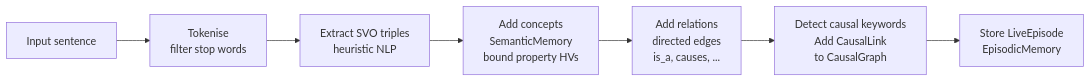
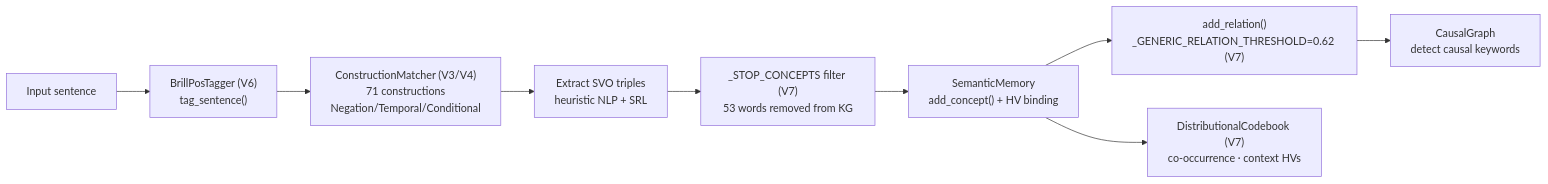
The seventh of 10 diagrams in nsck/docs/ARCHITECTURE.md (shiva2321/Neuro-Symbolic-Cognitive-Kernel), drawn with Mermaid before and after one commit. The commit also changed other lines of this file and 7 other files, not shown here.

Commit message:
Docs V7: update all docs to reflect actual V4-V7 implementations — modules, formulas, test counts, benchmarks, diagrams

````diff
--- a/nsck/docs/ARCHITECTURE.md
+++ b/nsck/docs/ARCHITECTURE.md
@@ -394,12 +421,15 @@
 ```mermaid
 flowchart LR
     Text["Input sentence"]
-    Tok["Tokenise\nfilter stop words"]
-    SVO["Extract SVO triples\nheuristic NLP"]
-    Concept["Add concepts\nSemanticMemory\nbound property HVs"]
-    Rel["Add relations\ndirected edges\nis_a, causes, ..."]
-    Causal["Detect causal keywords\nAdd CausalLink\nto CausalGraph"]
-    Epi2["Store LiveEpisode\nEpisodicMemory"]
+    POS["BrillPosTagger (V6)\ntag_sentence()"]
+    CG["ConstructionMatcher (V3/V4)\n71 constructions\nNegation/Temporal/Conditional"]
+    SVO["Extract SVO triples\nheuristic NLP + SRL"]
+    Stop["_STOP_CONCEPTS filter (V7)\n53 words removed from KG"]
+    Concept["SemanticMemory\nadd_concept() + HV binding"]
+    Rel["add_relation()\n_GENERIC_RELATION_THRESHOLD=0.62 (V7)"]
+    Causal["CausalGraph\ndetect causal keywords"]
+    DistSem["DistributionalCodebook (V7)\nco-occurrence · context HVs"]
 
-    Text --> Tok --> SVO --> Concept --> Rel --> Causal --> Epi2
+    Text --> POS --> CG --> SVO --> Stop --> Concept --> Rel --> Causal
+    Concept --> DistSem
 ```
````
